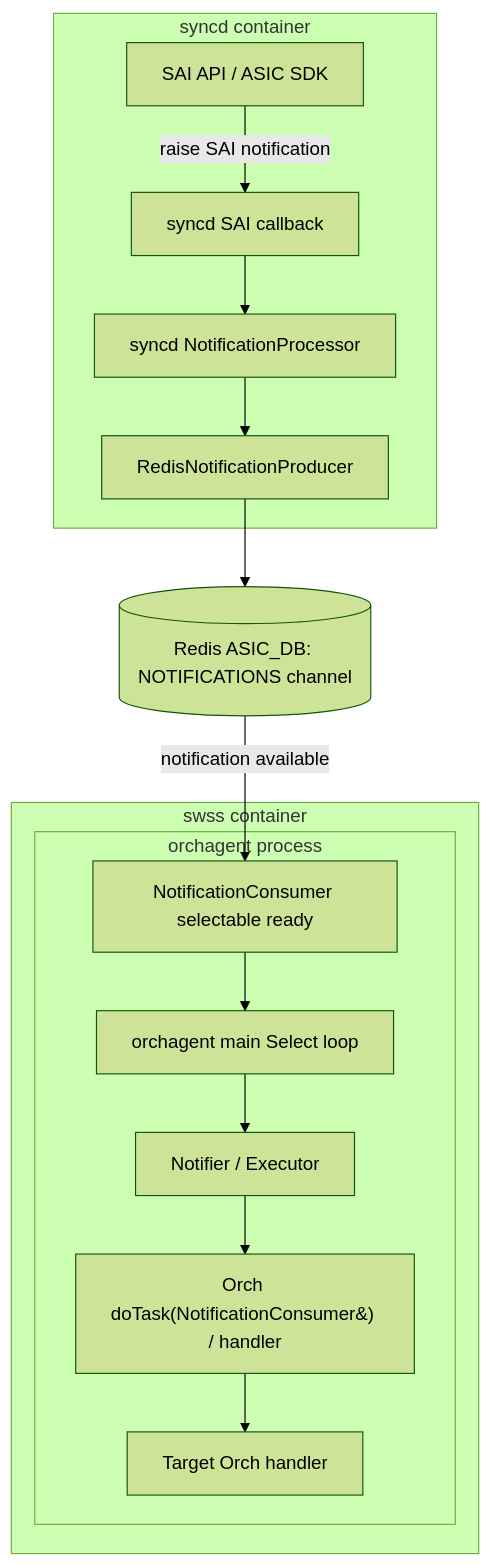
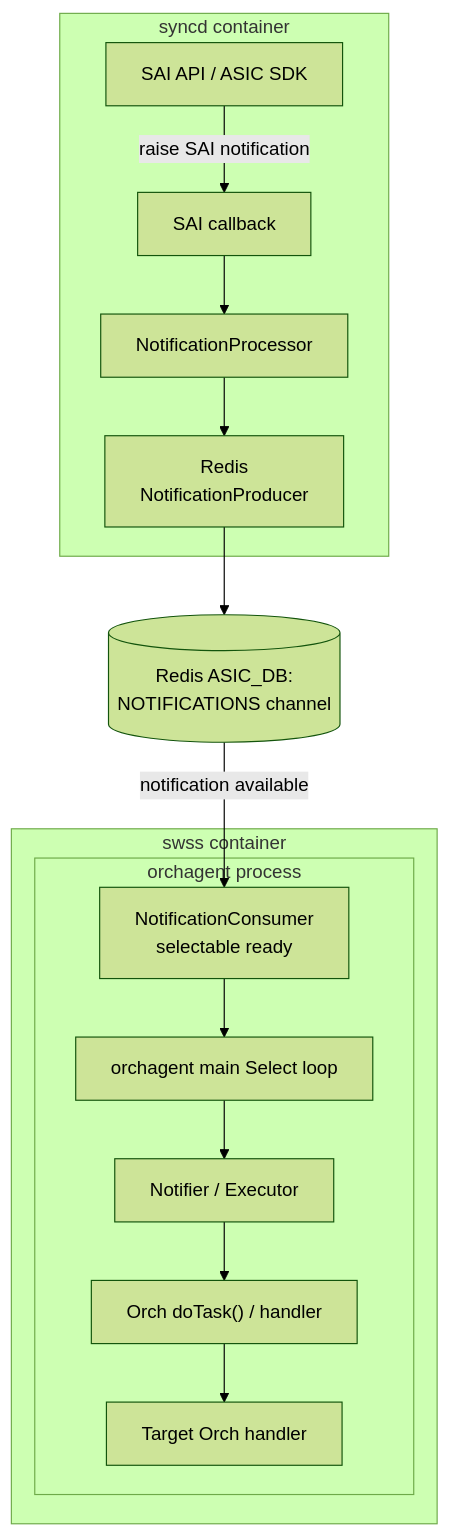
The first of 11 diagrams in hld/zmq-southbound-sai-notification-handling.md (sonic-net/sonic-buildimage), drawn with Mermaid (forest theme) before and after one commit. The commit also changed other lines of this file, not shown here.

Commit message:
Improve HLD Mermaid diagram rendering

````diff
--- a/hld/zmq-southbound-sai-notification-handling.md
+++ b/hld/zmq-southbound-sai-notification-handling.md
@@ -64,31 +64,31 @@
 ```mermaid
 flowchart TD
     subgraph syncdContainer["syncd container"]
         saiApi["SAI API / ASIC SDK"]
-        syncdCallback["syncd SAI callback"]
-        notificationProcessor["syncd NotificationProcessor"]
-        redisProducer["RedisNotificationProducer"]
+        syncdCallback["SAI callback"]
+        notificationProcessor["NotificationProcessor"]
+        redisProducer["Redis<br/>NotificationProducer"]
     end
 
-    redisNotifications[("Redis ASIC_DB: NOTIFICATIONS channel")]
+    redisNotifications[("Redis ASIC_DB:<br/>NOTIFICATIONS channel")]
 
     subgraph swssContainer["swss container"]
         subgraph orchagentProcess["orchagent process"]
-            redisConsumerReady["NotificationConsumer selectable ready"]
+            redisConsumerReady["NotificationConsumer<br/>selectable ready"]
             mainLoop["orchagent main Select loop"]
             notifier["Notifier / Executor"]
-            redisDoTask["Orch doTask(NotificationConsumer&) / handler"]
+            redisDoTask["Orch doTask() / handler"]
             orchHandler["Target Orch handler"]
         end
     end
 
     saiApi -->|"raise SAI notification"| syncdCallback
     syncdCallback --> notificationProcessor
     notificationProcessor --> redisProducer
     redisProducer --> redisNotifications
     redisNotifications -->|"notification available"| redisConsumerReady
     redisConsumerReady --> mainLoop
     mainLoop --> notifier
     notifier --> redisDoTask
     redisDoTask --> orchHandler
 ```
````
